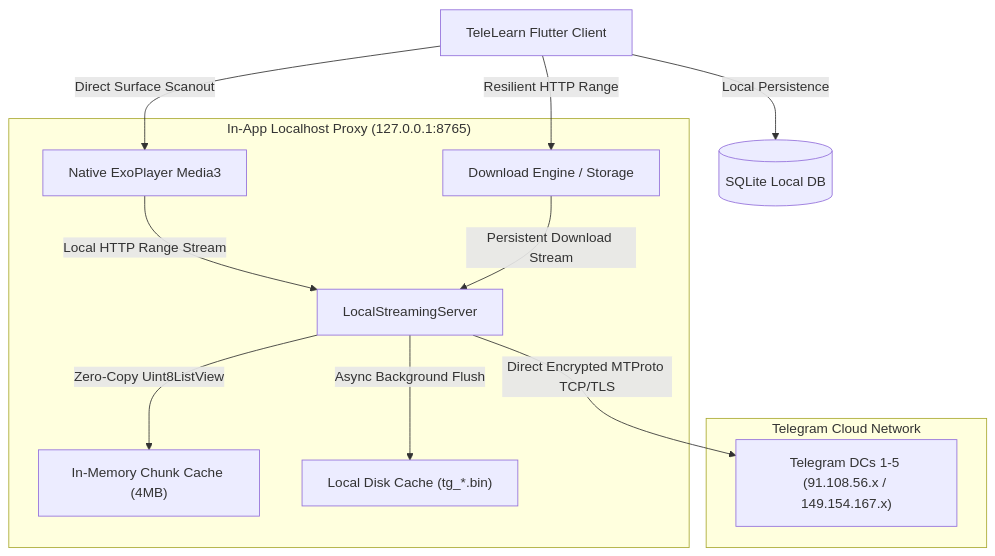
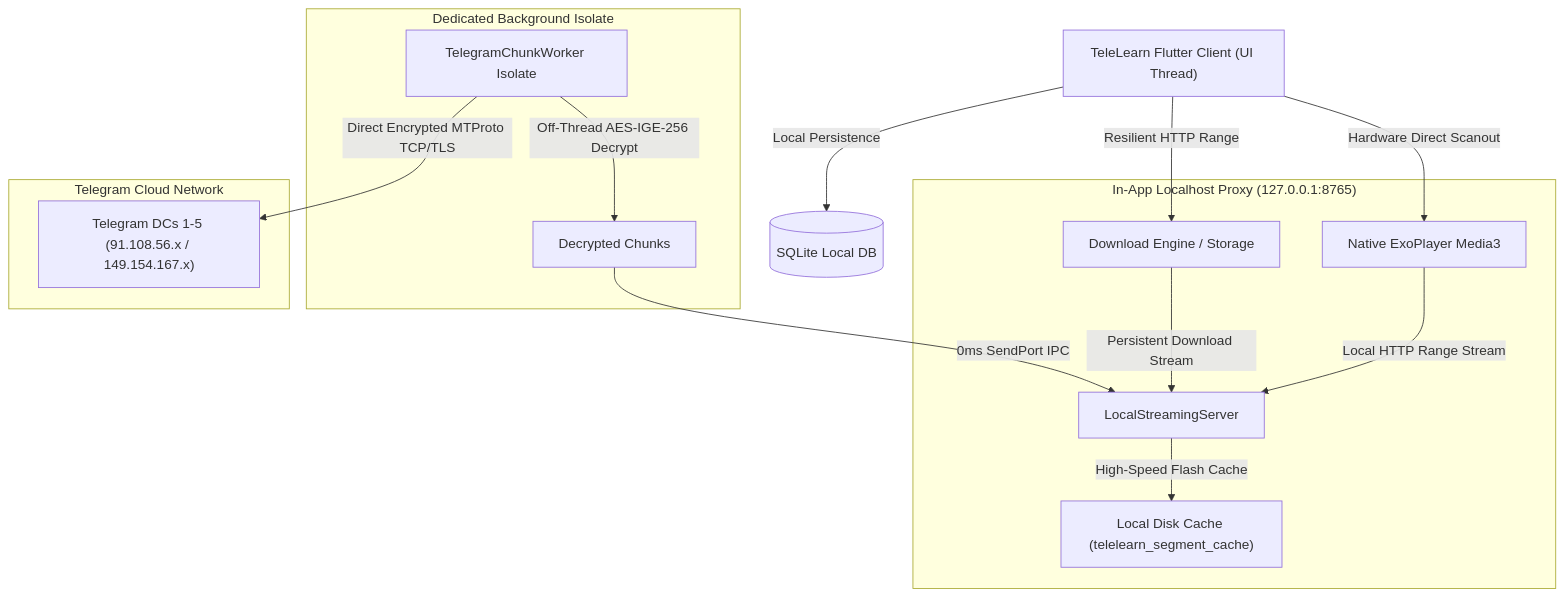
The diagram in README.md (7830-c/TeleLearn_Mobile_App), drawn with Mermaid before and after one commit. The commit also changed other lines of this file, not shown here.

````diff
--- a/README.md
+++ b/README.md
@@ -48,17 +50,21 @@
 ```mermaid
 graph TD
-    A["TeleLearn Flutter Client"] -->|Direct Surface Scanout| B["Native ExoPlayer Media3"]
+    A["TeleLearn Flutter Client (UI Thread)"] -->|Hardware Direct Scanout| B["Native ExoPlayer Media3"]
     A -->|Resilient HTTP Range| C["Download Engine / Storage"]
     A -->|Local Persistence| D[("SQLite Local DB")]
     
     subgraph Proxy ["In-App Localhost Proxy (127.0.0.1:8765)"]
         B -->|Local HTTP Range Stream| E["LocalStreamingServer"]
         C -->|Persistent Download Stream| E
-        E -->|Zero-Copy Uint8ListView| F["In-Memory Chunk Cache (4MB)"]
-        E -->|Async Background Flush| G["Local Disk Cache (tg_*.bin)"]
+        E -->|High-Speed Flash Cache| G["Local Disk Cache (telelearn_segment_cache)"]
+    end
+
+    subgraph Worker ["Dedicated Background Isolate"]
+        W["TelegramChunkWorker Isolate"] -->|Off-Thread AES-IGE-256 Decrypt| H["Decrypted Chunks"]
+        H -->|0ms SendPort IPC| E
     end
 
     subgraph Telegram ["Telegram Cloud Network"]
-        E -->|Direct Encrypted MTProto TCP/TLS| H["Telegram DCs 1-5 (91.108.56.x / 149.154.167.x)"]
+        W -->|Direct Encrypted MTProto TCP/TLS| T["Telegram DCs 1-5 (91.108.56.x / 149.154.167.x)"]
     end
 ```
````
